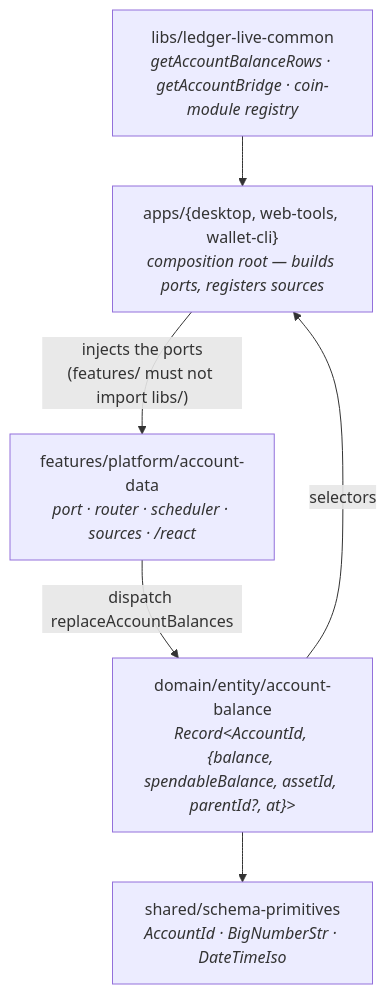
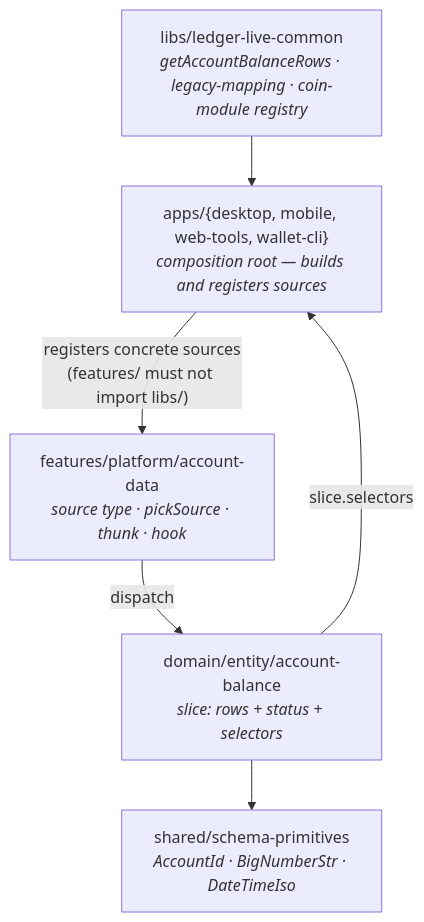
The third of 3 diagrams in docs/account-data-layer.md (LedgerHQ/ledger-live), drawn with Mermaid before and after one commit. The commit also changed other lines of this file, not shown here.

First line of the commit message:
docs(account-data): state the purpose before the design (LIVE-36765)

````diff
--- a/docs/account-data-layer.md
+++ b/docs/account-data-layer.md
@@ -63,14 +259,14 @@
 ```mermaid
 flowchart TD
-    apps["apps/{desktop, web-tools, wallet-cli}<br/><i>composition root — builds ports, registers sources</i>"]
-    lc["libs/ledger-live-common<br/><i>getAccountBalanceRows · getAccountBridge · coin-module registry</i>"]
-    plat["features/platform/account-data<br/><i>port · router · scheduler · sources · /react</i>"]
-    ent["domain/entity/account-balance<br/><i>Record&lt;AccountId, {balance, spendableBalance, assetId, parentId?, at}&gt;</i>"]
+    apps["apps/{desktop, mobile, web-tools, wallet-cli}<br/><i>composition root — builds and registers sources</i>"]
+    lc["libs/ledger-live-common<br/><i>getAccountBalanceRows · legacy-mapping · coin-module registry</i>"]
+    plat["features/platform/account-data<br/><i>source type · pickSource · thunk · hook</i>"]
+    ent["domain/entity/account-balance<br/><i>slice: rows + status + selectors</i>"]
     prim["shared/schema-primitives<br/><i>AccountId · BigNumberStr · DateTimeIso</i>"]
 
     lc --> apps
-    apps -->|"injects the ports<br/>(features/ must not import libs/)"| plat
-    plat -->|"dispatch replaceAccountBalances"| ent
+    apps -->|"registers concrete sources<br/>(features/ must not import libs/)"| plat
+    plat -->|"dispatch"| ent
     ent --> prim
-    ent -->|"selectors"| apps
+    ent -->|"slice.selectors"| apps
 ```
````
